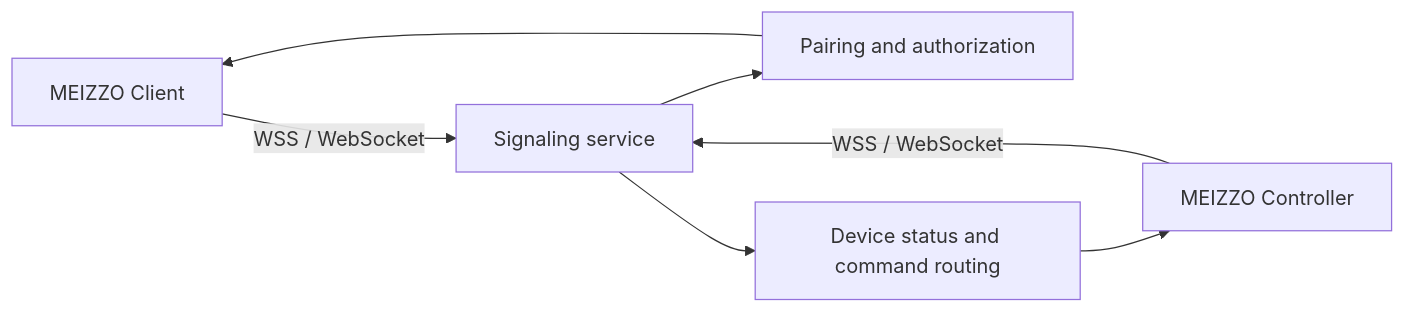
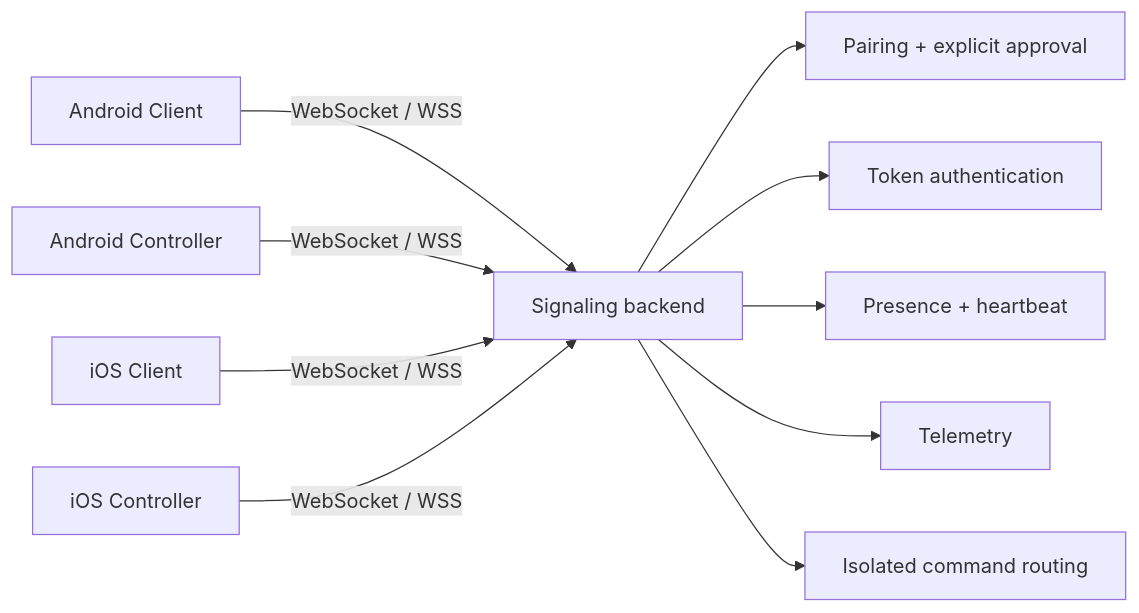
The first of 2 diagrams in README.md (rakhan17/Meizzo), drawn with Mermaid before and after one commit. The commit also changed other lines of this file and 52 other files, not shown here.

````diff
--- a/README.md
+++ b/README.md
@@ -172,9 +94,12 @@
 ```mermaid
 flowchart LR
-    C[MEIZZO Client] -->|WSS / WebSocket| S[Signaling service]
-    O[MEIZZO Controller] -->|WSS / WebSocket| S
-    S --> P[Pairing and authorization]
-    S --> D[Device status and command routing]
-    P --> C
-    D --> O
+  AC[Android Client] -->|WebSocket / WSS| B[Signaling backend]
+  AO[Android Controller] -->|WebSocket / WSS| B
+  IC[iOS Client] -->|WebSocket / WSS| B
+  IO[iOS Controller] -->|WebSocket / WSS| B
+  B --> P[Pairing + explicit approval]
+  B --> A[Token authentication]
+  B --> R[Presence + heartbeat]
+  B --> T[Telemetry]
+  B --> C[Isolated command routing]
 ```
````
